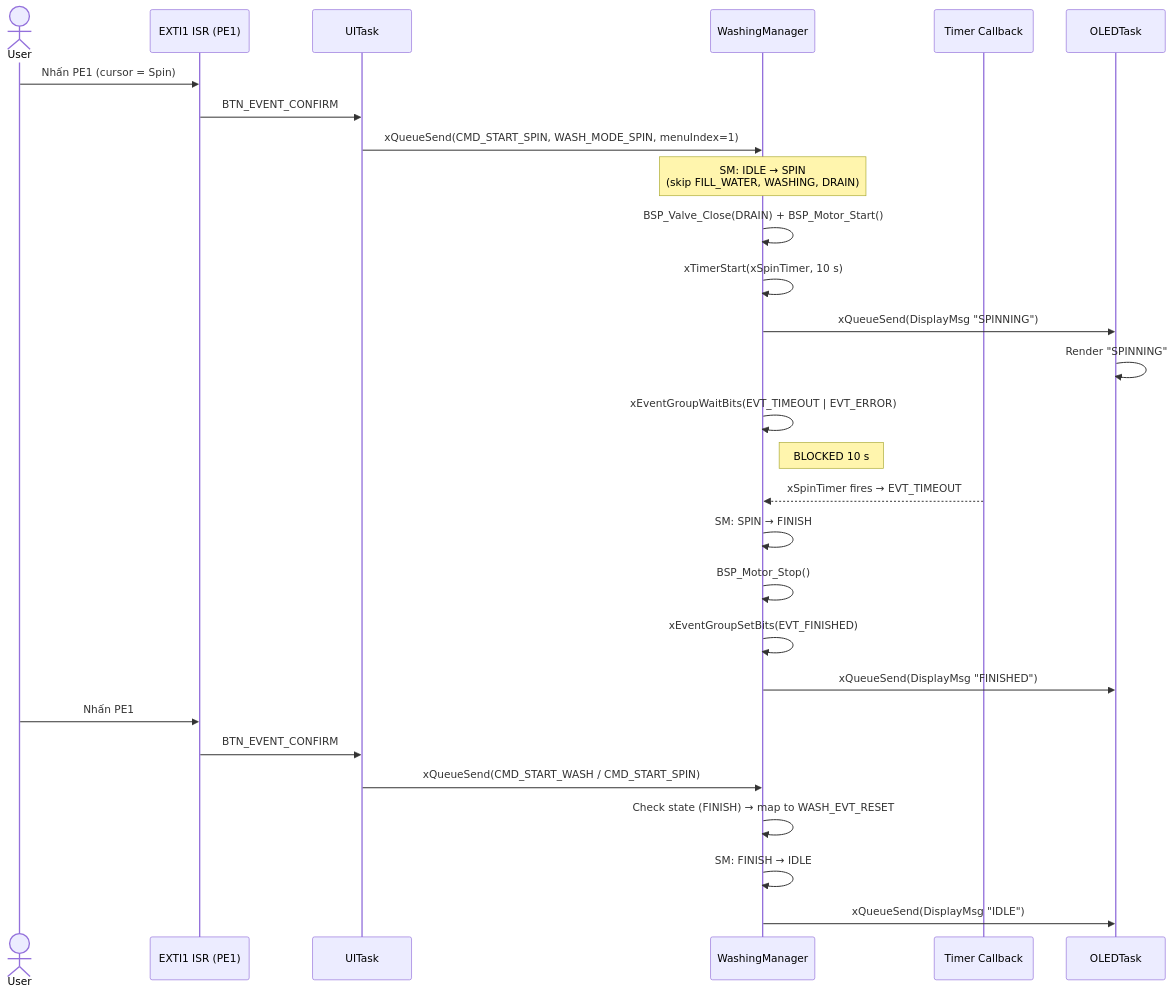
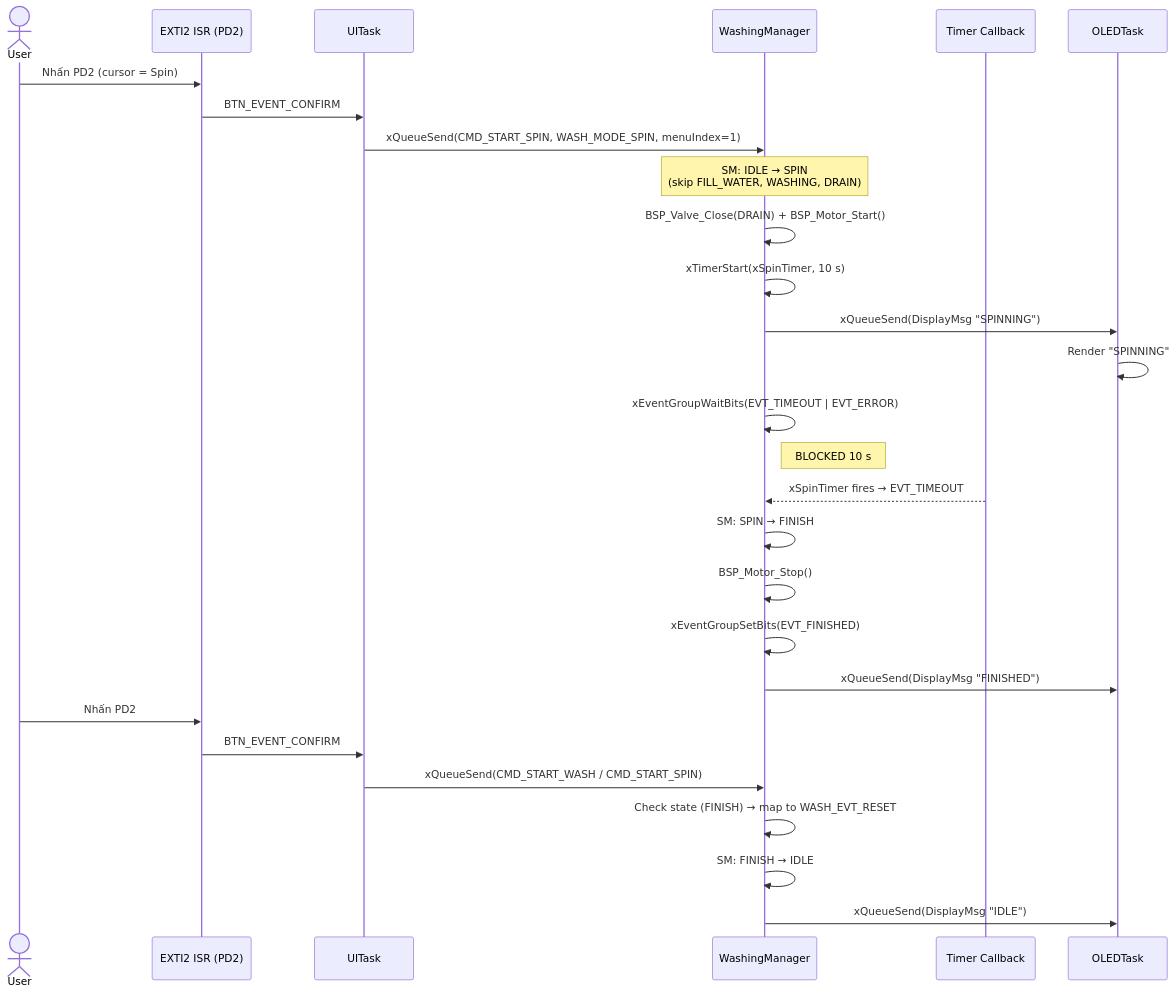
The fourth of 9 diagrams in docs/SYSTEM_DIAGRAMS.md (TTonyVi/Freertos_ST), drawn with Mermaid before and after one commit. The commit also changed other lines of this file and 18 other files, not shown here.

````diff
--- a/docs/SYSTEM_DIAGRAMS.md
+++ b/docs/SYSTEM_DIAGRAMS.md
@@ -240,36 +241,36 @@
 ```mermaid
 sequenceDiagram
     actor User
-    participant ISR1 as EXTI1 ISR (PE1)
+    participant ISR1 as EXTI2 ISR (PD2)
     participant UI   as UITask
     participant WASH as WashingManager
     participant TMR  as Timer Callback
     participant OLED as OLEDTask
 
-    User->>ISR1: Nhấn PE1 (cursor = Spin)
+    User->>ISR1: Nhấn PD2 (cursor = Spin)
     ISR1->>UI: BTN_EVENT_CONFIRM
     UI->>WASH: xQueueSend(CMD_START_SPIN, WASH_MODE_SPIN, menuIndex=1)
 
     Note over WASH: SM: IDLE → SPIN<br/>(skip FILL_WATER, WASHING, DRAIN)
 
     WASH->>WASH: BSP_Valve_Close(DRAIN) + BSP_Motor_Start()
     WASH->>WASH: xTimerStart(xSpinTimer, 10 s)
     WASH->>OLED: xQueueSend(DisplayMsg "SPINNING")
     OLED->>OLED: Render "SPINNING"
 
     WASH->>WASH: xEventGroupWaitBits(EVT_TIMEOUT | EVT_ERROR)
     Note right of WASH: BLOCKED 10 s
 
     TMR-->>WASH: xSpinTimer fires → EVT_TIMEOUT
     WASH->>WASH: SM: SPIN → FINISH
     WASH->>WASH: BSP_Motor_Stop()
     WASH->>WASH: xEventGroupSetBits(EVT_FINISHED)
     WASH->>OLED: xQueueSend(DisplayMsg "FINISHED")
 
-    User->>ISR1: Nhấn PE1
+    User->>ISR1: Nhấn PD2
     ISR1->>UI: BTN_EVENT_CONFIRM
     UI->>WASH: xQueueSend(CMD_START_WASH / CMD_START_SPIN)
     WASH->>WASH: Check state (FINISH) → map to WASH_EVT_RESET
     WASH->>WASH: SM: FINISH → IDLE
     WASH->>OLED: xQueueSend(DisplayMsg "IDLE")
 ```
````
